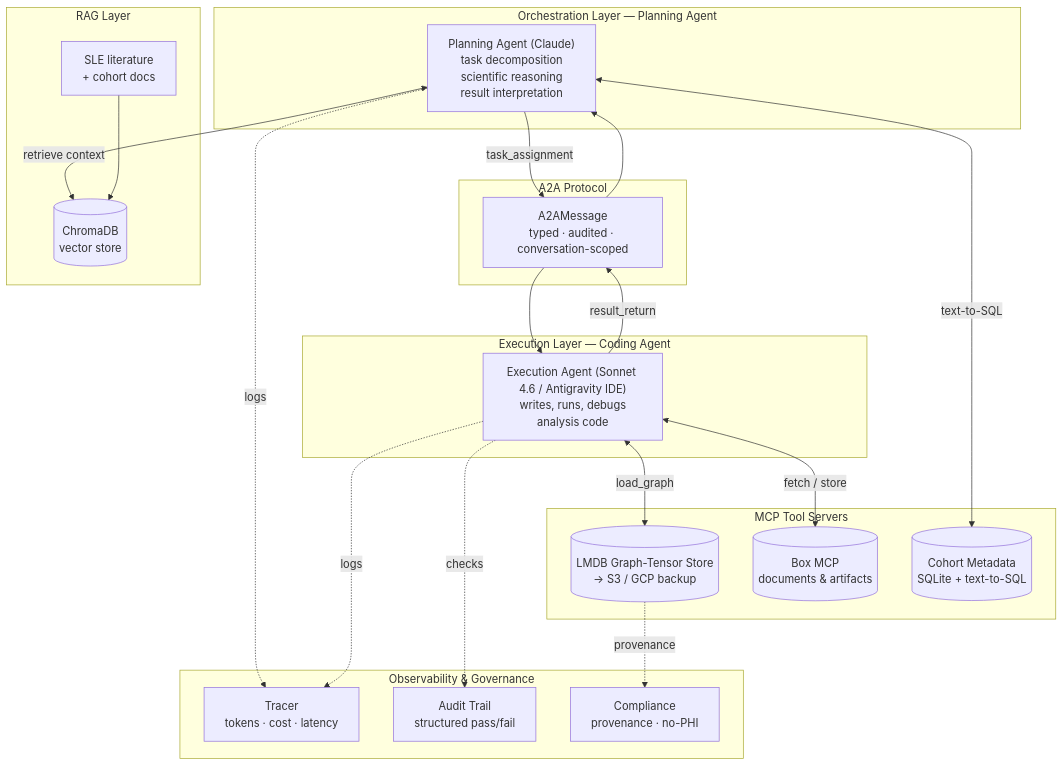
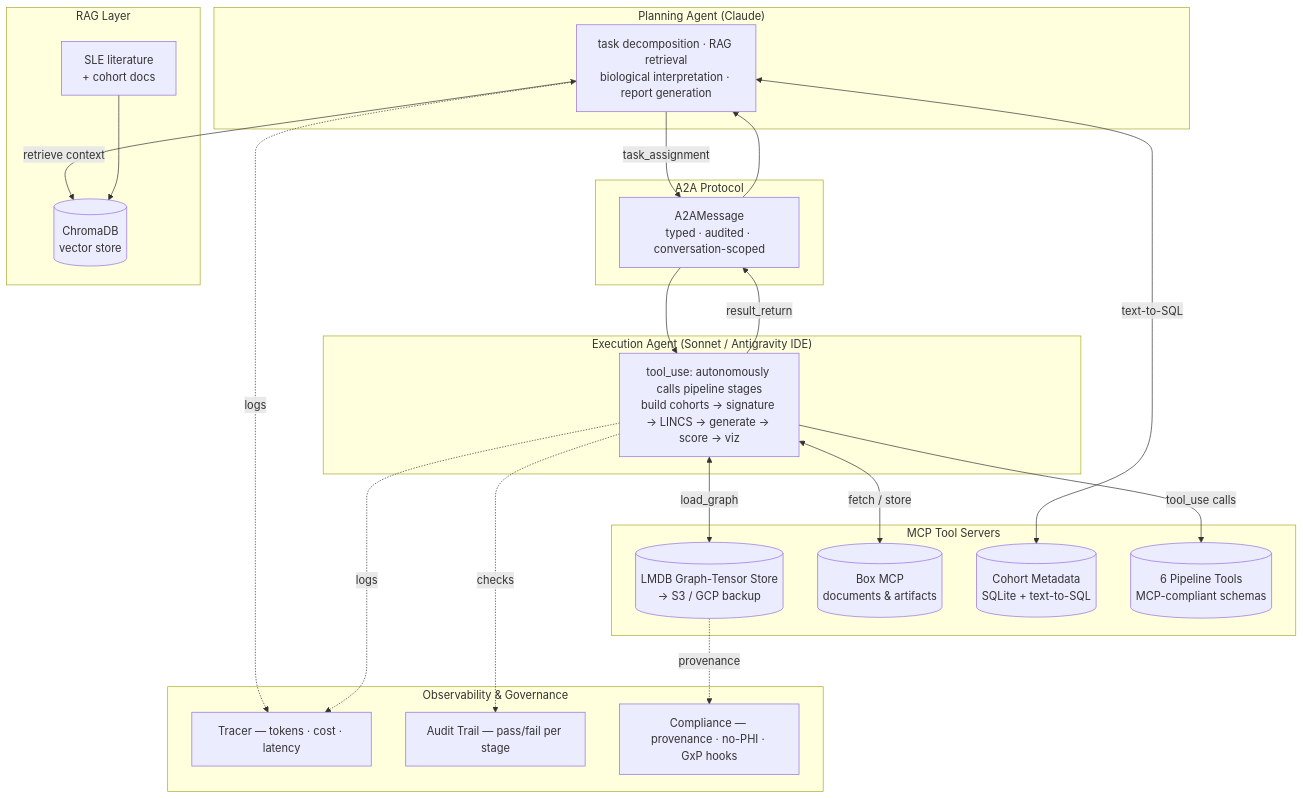
One commit to rafidquadir-eng/iMEMORY-Agentic-Orchastration-Infrastructure-for-Machine-Learning-Computational-Biology changed the first of 2 diagrams in README.md. Above: the diagram before and after it, drawn with Mermaid. The commit also changed other lines of this file, not shown here.

````diff
--- a/README.md
+++ b/README.md
@@ -21,40 +25,42 @@
 ```mermaid
 flowchart TB
-    subgraph Orchestration["Orchestration Layer — Planning Agent"]
-        PA["Planning Agent (Claude)<br/>task decomposition<br/>scientific reasoning<br/>result interpretation"]
+    subgraph Orchestration["Planning Agent (Claude)"]
+        PA["task decomposition · RAG retrieval<br/>biological interpretation · report generation"]
     end
-    subgraph Execution["Execution Layer — Coding Agent"]
-        EA["Execution Agent (Sonnet 4.6 / Antigravity IDE)<br/>writes, runs, debugs<br/>analysis code"]
+    subgraph Execution["Execution Agent (Sonnet / Antigravity IDE)"]
+        EA["tool_use: autonomously calls pipeline stages<br/>build cohorts → signature → LINCS → generate → score → viz"]
     end
     subgraph Protocol["A2A Protocol"]
         MSG["A2AMessage<br/>typed · audited · conversation-scoped"]
     end
     subgraph Tools["MCP Tool Servers"]
         LMDB[("LMDB Graph-Tensor Store<br/>→ S3 / GCP backup")]
         BOX[("Box MCP<br/>documents & artifacts")]
         SQLDB[("Cohort Metadata<br/>SQLite + text-to-SQL")]
+        PIPE[("6 Pipeline Tools<br/>MCP-compliant schemas")]
     end
     subgraph Knowledge["RAG Layer"]
         CHROMA[("ChromaDB<br/>vector store")]
         DOCS["SLE literature<br/>+ cohort docs"]
     end
     subgraph Obs["Observability & Governance"]
-        TRACE["Tracer<br/>tokens · cost · latency"]
-        AUDIT["Audit Trail<br/>structured pass/fail"]
-        GOV["Compliance<br/>provenance · no-PHI"]
+        TRACE["Tracer — tokens · cost · latency"]
+        AUDIT["Audit Trail — pass/fail per stage"]
+        GOV["Compliance — provenance · no-PHI · GxP hooks"]
     end
 
     PA -->|task_assignment| MSG
     MSG --> EA
+    EA -->|tool_use calls| PIPE
     EA -->|result_return| MSG
     MSG --> PA
     PA <-->|retrieve context| CHROMA
     DOCS --> CHROMA
     EA <-->|load_graph| LMDB
     EA <-->|fetch / store| BOX
     PA <-->|text-to-SQL| SQLDB
     PA -.logs.-> TRACE
     EA -.logs.-> TRACE
     EA -.checks.-> AUDIT
     LMDB -.provenance.-> GOV
 ```
````
